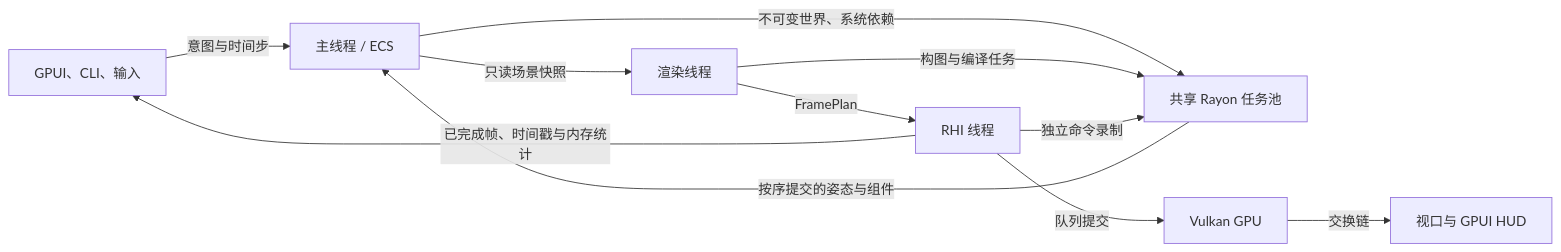
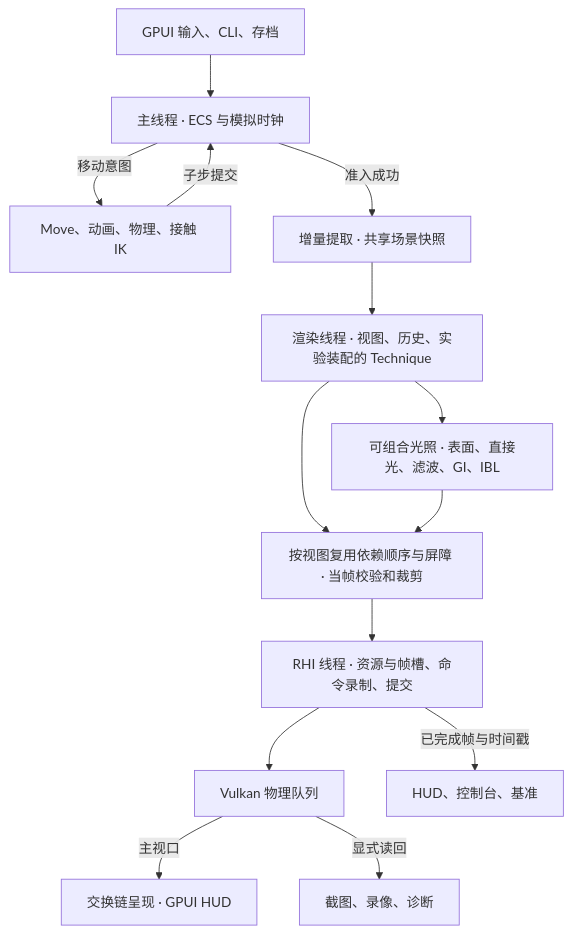
One commit to re-define/render-lab changed the diagram in docs/architecture.md. Above: the diagram before and after it, drawn with Mermaid. The commit also changed other lines of this file and 101 other files, not shown here.

````diff
--- a/docs/architecture.md
+++ b/docs/architecture.md
@@ -5,13 +5,16 @@
 ```mermaid
-flowchart LR
- UI["GPUI、CLI、输入"] -->|意图与时间步| Main["主线程 / ECS"]
- Main -->|不可变世界、系统依赖| Tasks["共享 Rayon 任务池"]
- Tasks -->|按序提交的姿态与组件| Main
- Main -->|只读场景快照| Render["渲染线程"]
- Render -->|构图与编译任务| Tasks
- Render -->|FramePlan| RHI["RHI 线程"]
- RHI -->|独立命令录制| Tasks
- RHI -->|队列提交| GPU["Vulkan GPU"]
- GPU -->|交换链| View["视口与 GPUI HUD"]
- RHI -->|已完成帧、时间戳与内存统计| UI
+flowchart TD
+    Input["GPUI 输入、CLI、存档"] --> Main["主线程 · ECS 与模拟时钟"]
+    Main -->|移动意图| Action["Move、动画、物理、接触 IK"]
+    Action -->|子步提交| Main
+    Main -->|准入成功| Extract["增量提取 · 共享场景快照"]
+    Extract --> Render["渲染线程 · 视图、历史、实验装配的 Technique"]
+    Render --> Light["可组合光照 · 表面、直接光、滤波、GI、IBL"]
+    Render --> RDG["按视图复用依赖顺序与屏障 · 当帧校验和裁剪"]
+    Light --> RDG
+    RDG --> RHI["RHI 线程 · 资源与帧槽、命令录制、提交"]
+    RHI --> GPU["Vulkan 物理队列"]
+    GPU -->|主视口| Window["交换链呈现 · GPUI HUD"]
+    GPU -->|显式读回| Export["截图、录像、诊断"]
+    RHI -->|已完成帧与时间戳| Reports["HUD、控制台、基准"]
 ```
````
